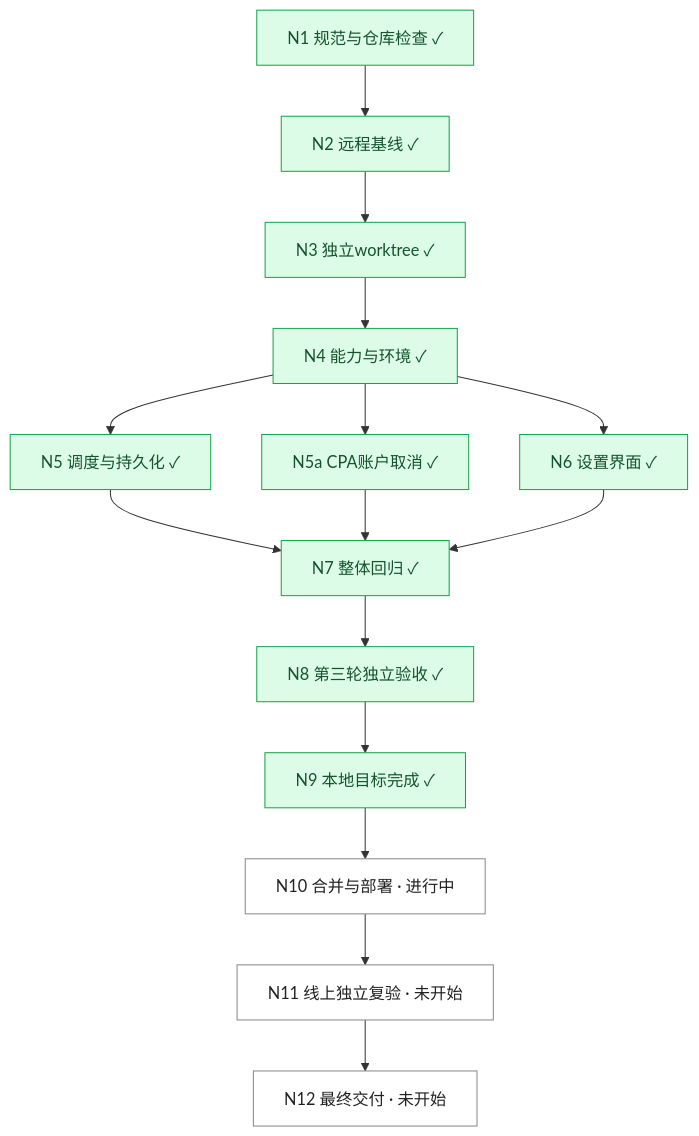
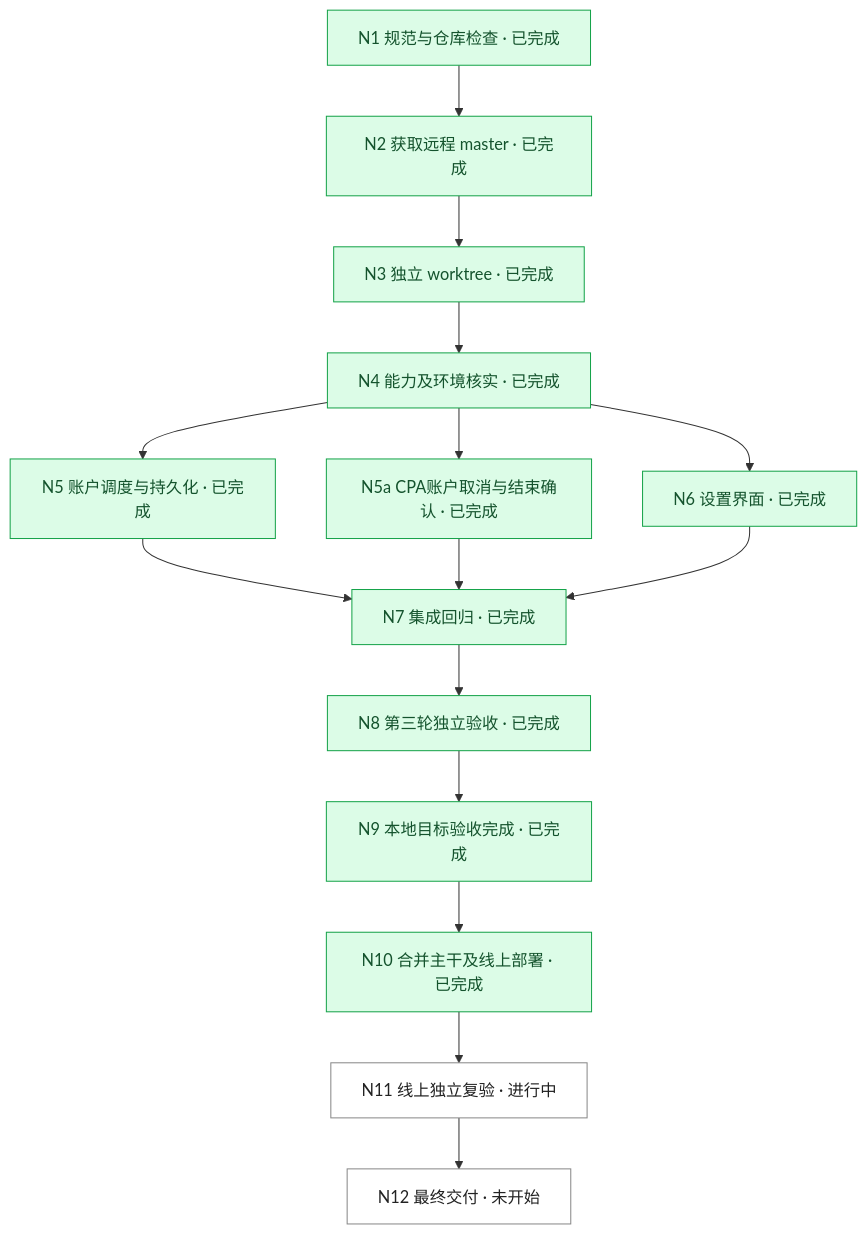
The diagram in docs/reset-card-scheduler/dag.md (PengZoneLab/cpa-usage-keeper), drawn with Mermaid before and after one commit. The commit also changed other lines of this file and 3 other files, not shown here.

````diff
--- a/docs/reset-card-scheduler/dag.md
+++ b/docs/reset-card-scheduler/dag.md
@@ -15,16 +15,34 @@
 ```mermaid
 flowchart TD
- N1["N1 规范与仓库检查 ✓"] --> N2["N2 远程基线 ✓"] --> N3["N3 独立worktree ✓"] --> N4["N4 能力与环境 ✓"]
- N4 --> N5["N5 调度与持久化 ✓"]
- N4 --> N5a["N5a CPA账户取消 ✓"]
- N4 --> N6["N6 设置界面 ✓"]
- N5 --> N7["N7 整体回归 ✓"]
+ N1["N1 规范与仓库检查 · 已完成"]
+ N2["N2 获取远程 master · 已完成"]
+ N3["N3 独立 worktree · 已完成"]
+ N4["N4 能力及环境核实 · 已完成"]
+ N5["N5 账户调度与持久化 · 已完成"]
+ N5a["N5a CPA账户取消与结束确认 · 已完成"]
+ N6["N6 设置界面 · 已完成"]
+ N7["N7 集成回归 · 已完成"]
+ N8["N8 第三轮独立验收 · 已完成"]
+ N9["N9 本地目标验收完成 · 已完成"]
+ N10["N10 合并主干及线上部署 · 已完成"]
+ N11["N11 线上独立复验 · 进行中"]
+ N12["N12 最终交付 · 未开始"]
+ N1 --> N2
+ N2 --> N3
+ N3 --> N4
+ N4 --> N5
+ N4 --> N5a
+ N4 --> N6
+ N5 --> N7
  N5a --> N7
  N6 --> N7
- N7 --> N8["N8 第三轮独立验收 ✓"] --> N9["N9 本地目标完成 ✓"]
- N9 --> N10["N10 合并与部署 · 进行中"] --> N11["N11 线上独立复验 · 未开始"] --> N12["N12 最终交付 · 未开始"]
+ N7 --> N8
+ N8 --> N9
+ N9 --> N10
+ N10 --> N11
+ N11 --> N12
  classDef done fill:#dcfce7,stroke:#16a34a,color:#14532d
  classDef pending fill:#fff,stroke:#888,color:#222
- class N1,N2,N3,N4,N5,N5a,N6,N7,N8,N9 done
- class N10,N11,N12 pending
+ class N1,N2,N3,N4,N5,N5a,N6,N7,N8,N9,N10 done
+ class N11,N12 pending
 ```
````
